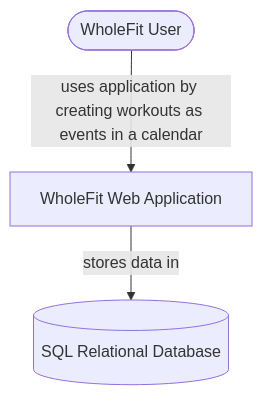
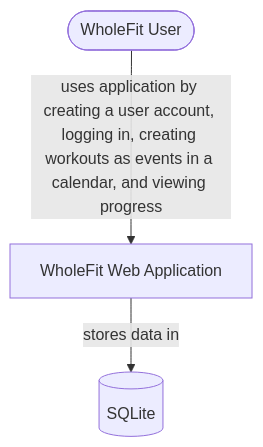
One commit to GoldLion72/cen5064-project-lusbel changed the first of 4 diagrams in README.md. Above: the diagram before and after it, drawn with Mermaid. The commit also changed other lines of this file, not shown here.

Commit message:
Update README.md: modified diagrams

````diff
--- a/README.md
+++ b/README.md
@@ -66,6 +66,5 @@
 ```mermaid
-%% Replace this placeholder with YOUR system's context diagram.
 flowchart TB
-    user([WholeFit User]) -->|uses application by creating workouts as events in a calendar| system[WholeFit Web Application]
-    system -->|stores data in| db[(SQL Relational Database)]
+    user([WholeFit User]) -->|uses application by creating a user account, logging in, creating workouts as events in a calendar, and viewing progress| system[WholeFit Web Application]
+    system -->|stores data in| db[(SQLite)]
 ```
````
